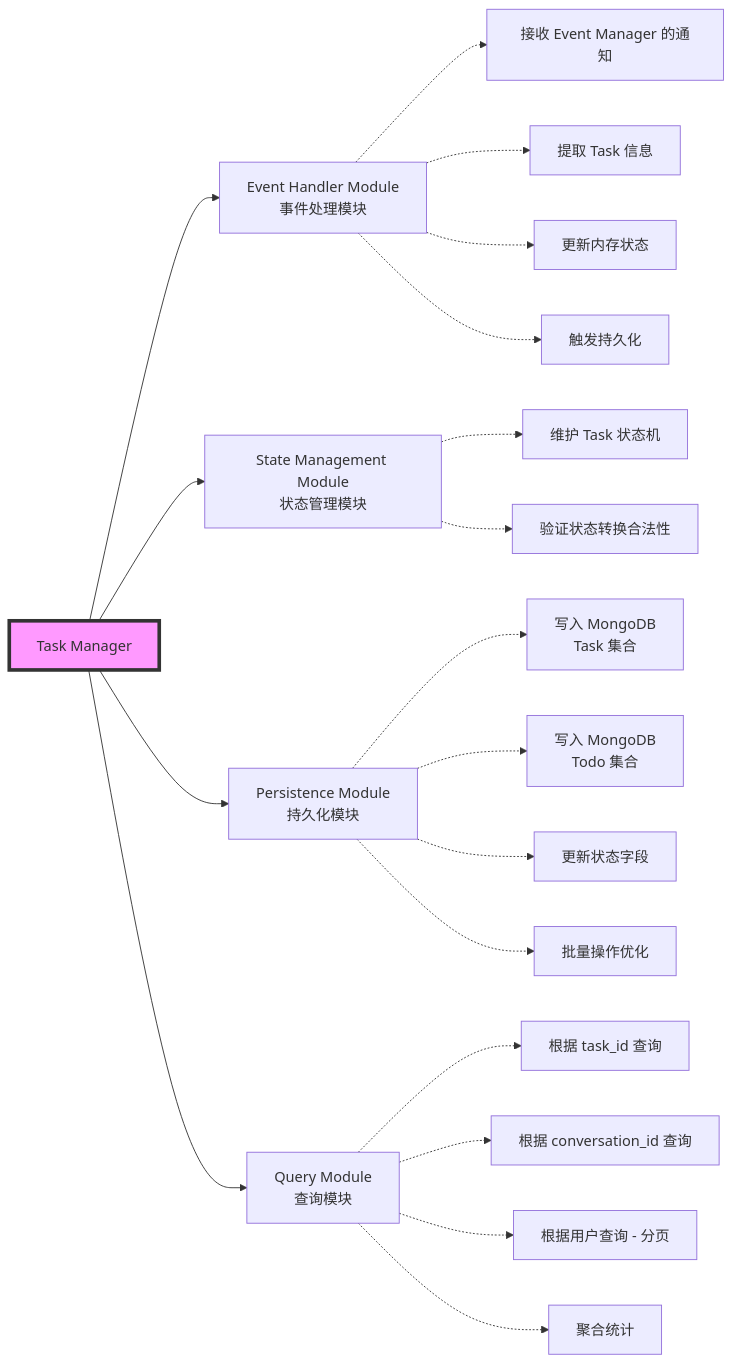
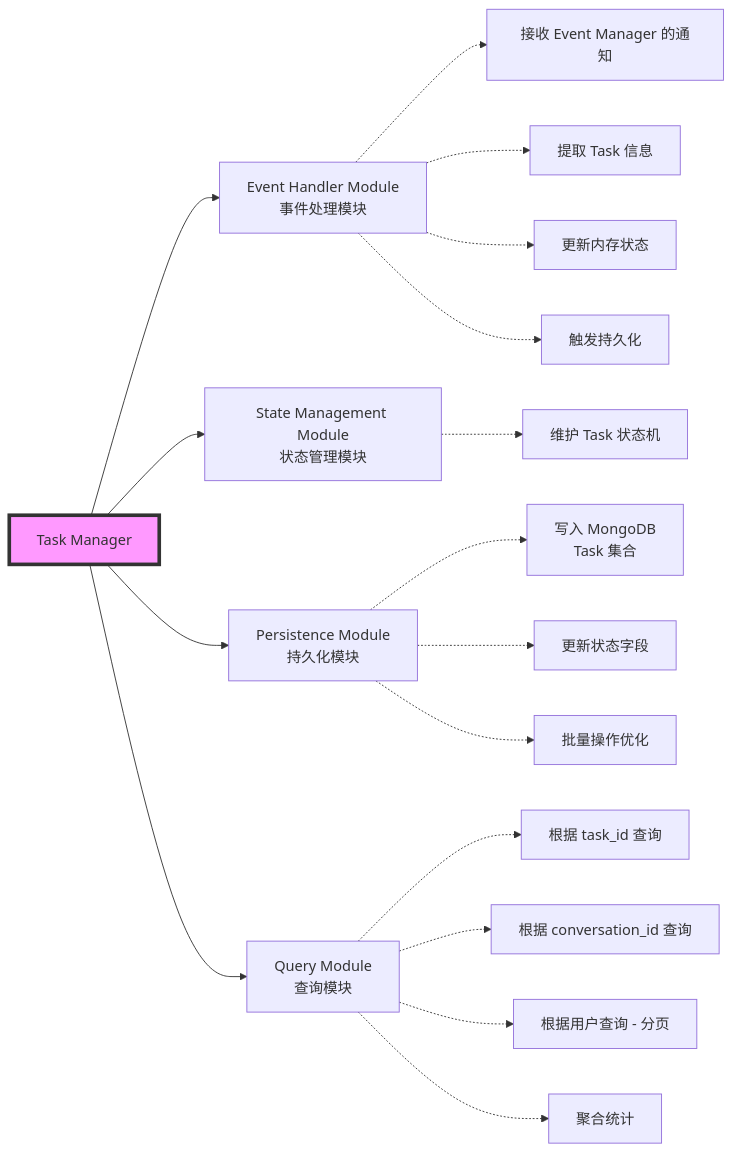
The diagram in all/未命名-10.md (yingjianzh/iodraw-files), drawn with Mermaid before and after one commit.

Commit message:
2025-12-24 18:03:08 update

````diff
--- a/all/未命名-10.md
+++ b/all/未命名-10.md
@@ -1,29 +1,27 @@
 ```mermaid
 graph LR
     TM[Task Manager]
     
     TM --> EHM[Event Handler Module<br/>事件处理模块]
     TM --> SMM[State Management Module<br/>状态管理模块]
     TM --> PM[Persistence Module<br/>持久化模块]
     TM --> QM[Query Module<br/>查询模块]
     
     EHM -.-> EHM1[接收 Event Manager 的通知]
     EHM -.-> EHM2[提取 Task 信息]
     EHM -.-> EHM3[更新内存状态]
     EHM -.-> EHM4[触发持久化]
     
     SMM -.-> SMM1[维护 Task 状态机]
-    SMM -.-> SMM3[验证状态转换合法性]
-    
+
     PM -.-> PM1[写入 MongoDB<br/>Task 集合]
-    PM -.-> PM2[写入 MongoDB<br/>Todo 集合]
     PM -.-> PM3[更新状态字段]
     PM -.-> PM4[批量操作优化]
     
     QM -.-> QM1[根据 task_id 查询]
     QM -.-> QM2[根据 conversation_id 查询]
     QM -.-> QM3[根据用户查询 - 分页]
     QM -.-> QM4[聚合统计]
     
     style TM fill:#f9f,stroke:#333,stroke-width:4px
 ```
````
